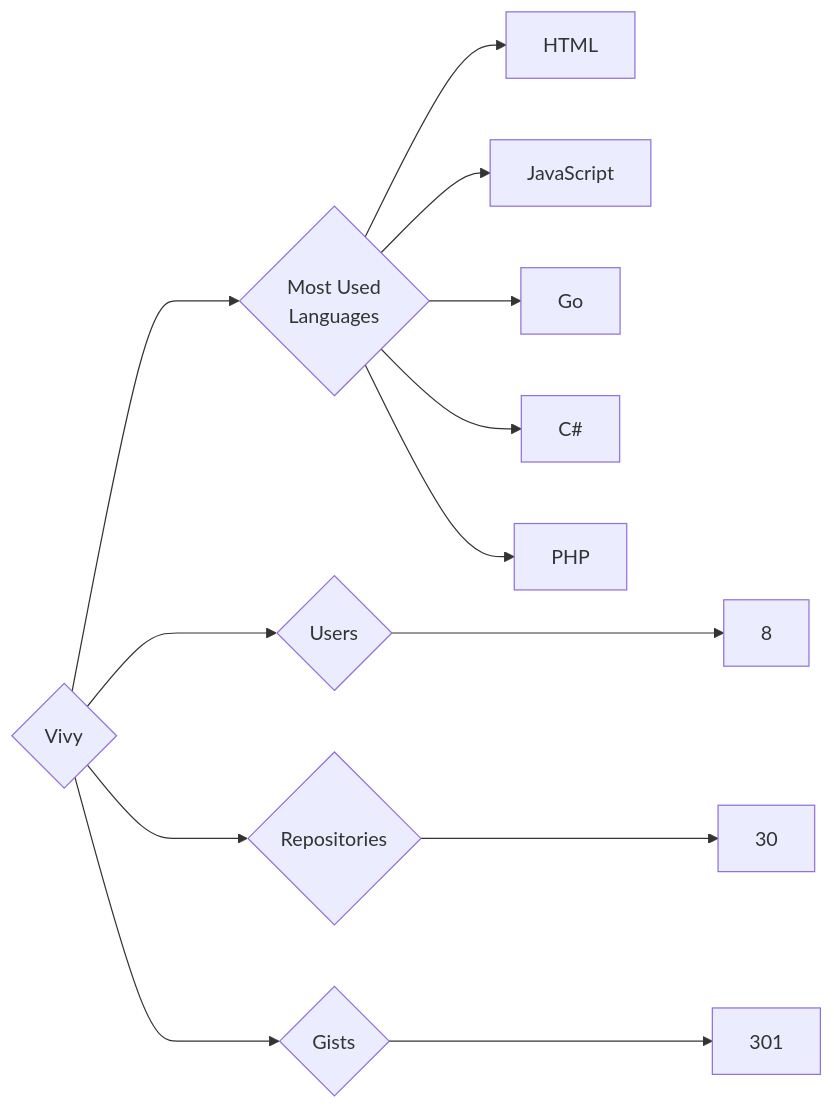
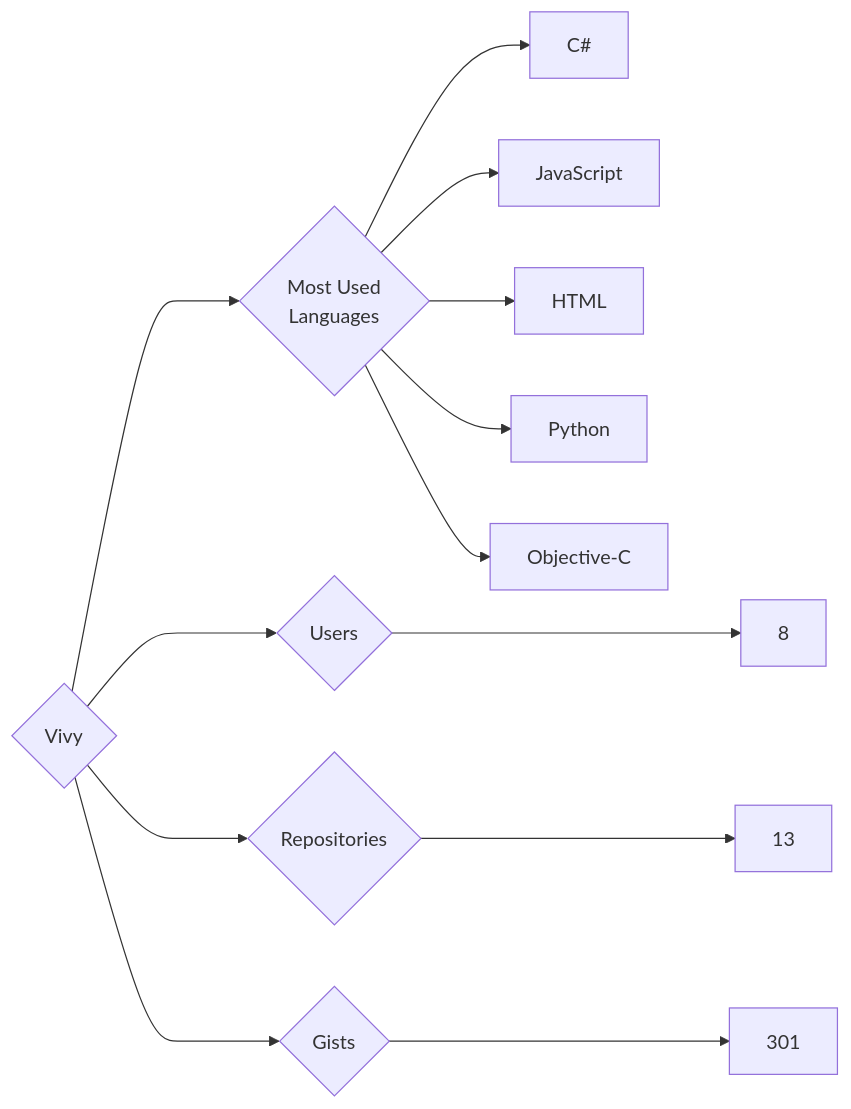
One commit to trickest/insiders changed the diagram in targets/Vivy/README.md. Above: the diagram before and after it, drawn with Mermaid. The commit also changed 728 other files, not shown here.

````diff
--- a/targets/Vivy/README.md
+++ b/targets/Vivy/README.md
@@ -3,13 +3,13 @@
 ```mermaid
 graph LR
 COMPANY_NAME{Vivy}
 COMPANY_NAME ---> U{Users} ---> UN[8]
-COMPANY_NAME ---> R{Repositories} ---> RN[30]
+COMPANY_NAME ---> R{Repositories} ---> RN[13]
 COMPANY_NAME ---> G{Gists} ---> GN[301]
 COMPANY_NAME ---> ML{Most Used<br>Languages}
+ML --> C#[C#]
+ML --> JavaScript[JavaScript]
 ML --> HTML[HTML]
-ML --> JavaScript[JavaScript]
-ML --> Go[Go]
-ML --> C#[C#]
-ML --> PHP[PHP]
+ML --> Python[Python]
+ML --> Objective-C[Objective-C]
 ```
````
